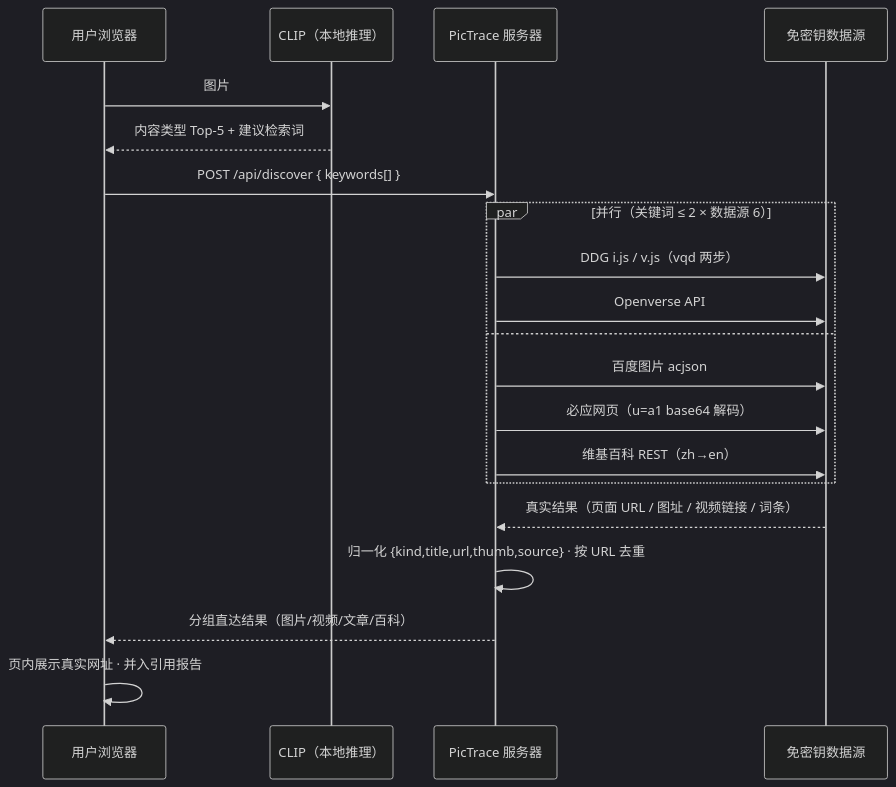
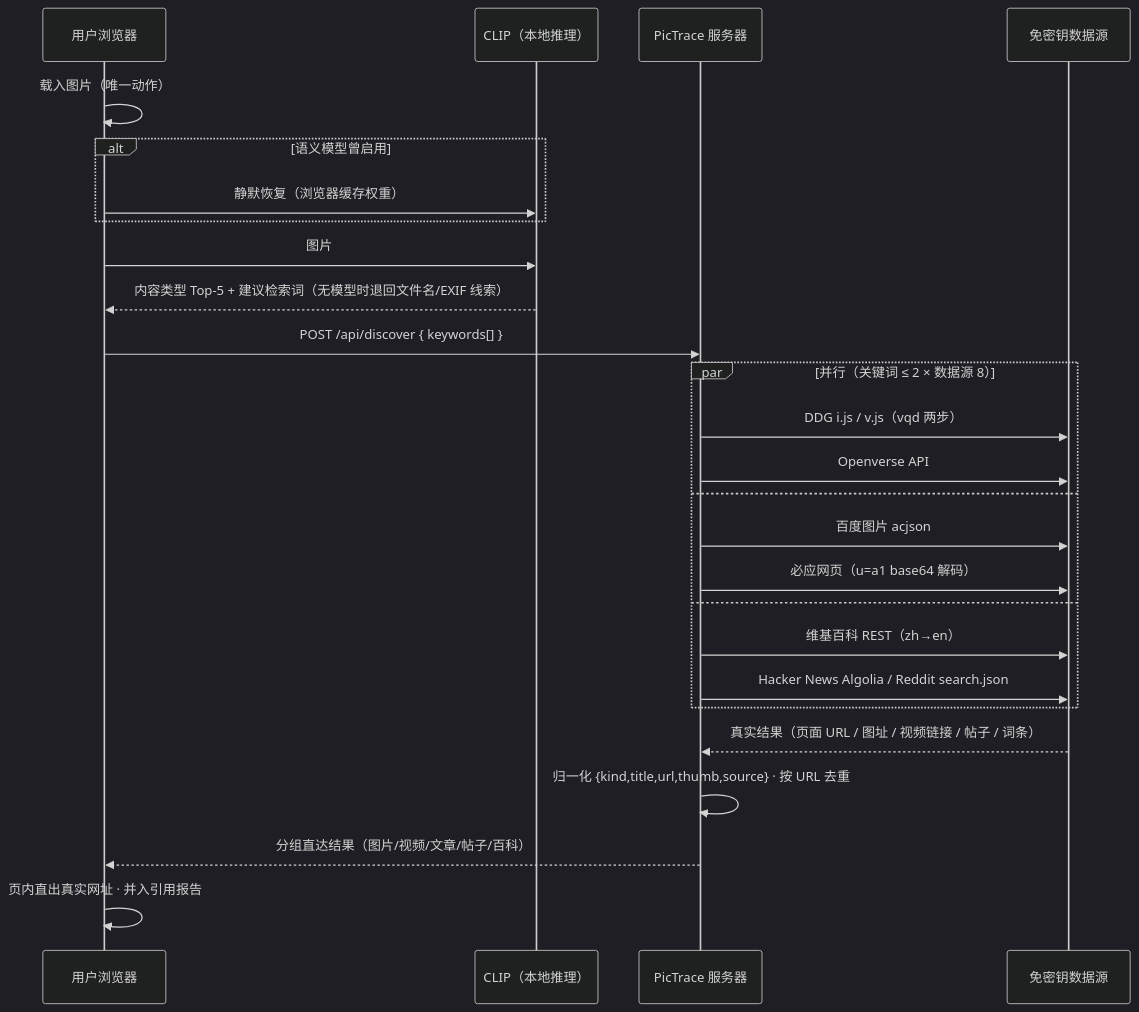
The third of 6 diagrams in README.md (xiaoanping-101/pictrace), drawn with Mermaid (dark theme) before and after one commit. The commit also changed other lines of this file and 10 other files, not shown here.

First line of the commit message:
feat: v1.4.0 零点击直达——载图即出结果，新增社区帖子源

````diff
--- a/README.md
+++ b/README.md
@@ -97,22 +97,28 @@
 ```mermaid
 sequenceDiagram
     participant U as 用户浏览器
     participant C as CLIP（本地推理）
     participant S as PicTrace 服务器
     participant D as 免密钥数据源
+    U->>U: 载入图片（唯一动作）
+    alt 语义模型曾启用
+        U->>C: 静默恢复（浏览器缓存权重）
+    end
     U->>C: 图片
-    C-->>U: 内容类型 Top-5 + 建议检索词
+    C-->>U: 内容类型 Top-5 + 建议检索词（无模型时退回文件名/EXIF 线索）
     U->>S: POST /api/discover { keywords[] }
-    par 并行（关键词 ≤ 2 × 数据源 6）
+    par 并行（关键词 ≤ 2 × 数据源 8）
         S->>D: DDG i.js / v.js（vqd 两步）
         S->>D: Openverse API
     and
         S->>D: 百度图片 acjson
         S->>D: 必应网页（u=a1 base64 解码）
+    and
         S->>D: 维基百科 REST（zh→en）
+        S->>D: Hacker News Algolia / Reddit search.json
     end
-    D-->>S: 真实结果（页面 URL / 图址 / 视频链接 / 词条）
+    D-->>S: 真实结果（页面 URL / 图址 / 视频链接 / 帖子 / 词条）
     S->>S: 归一化 {kind,title,url,thumb,source} · 按 URL 去重
-    S-->>U: 分组直达结果（图片/视频/文章/百科）
-    U->>U: 页内展示真实网址 · 并入引用报告
+    S-->>U: 分组直达结果（图片/视频/文章/帖子/百科）
+    U->>U: 页内直出真实网址 · 并入引用报告
 ```
````
